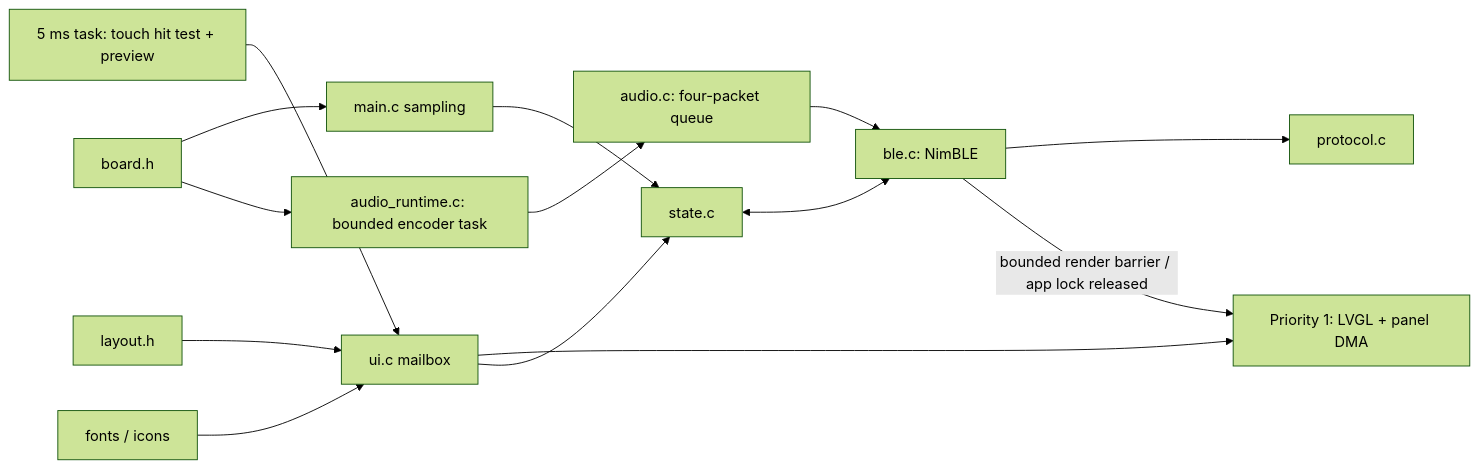
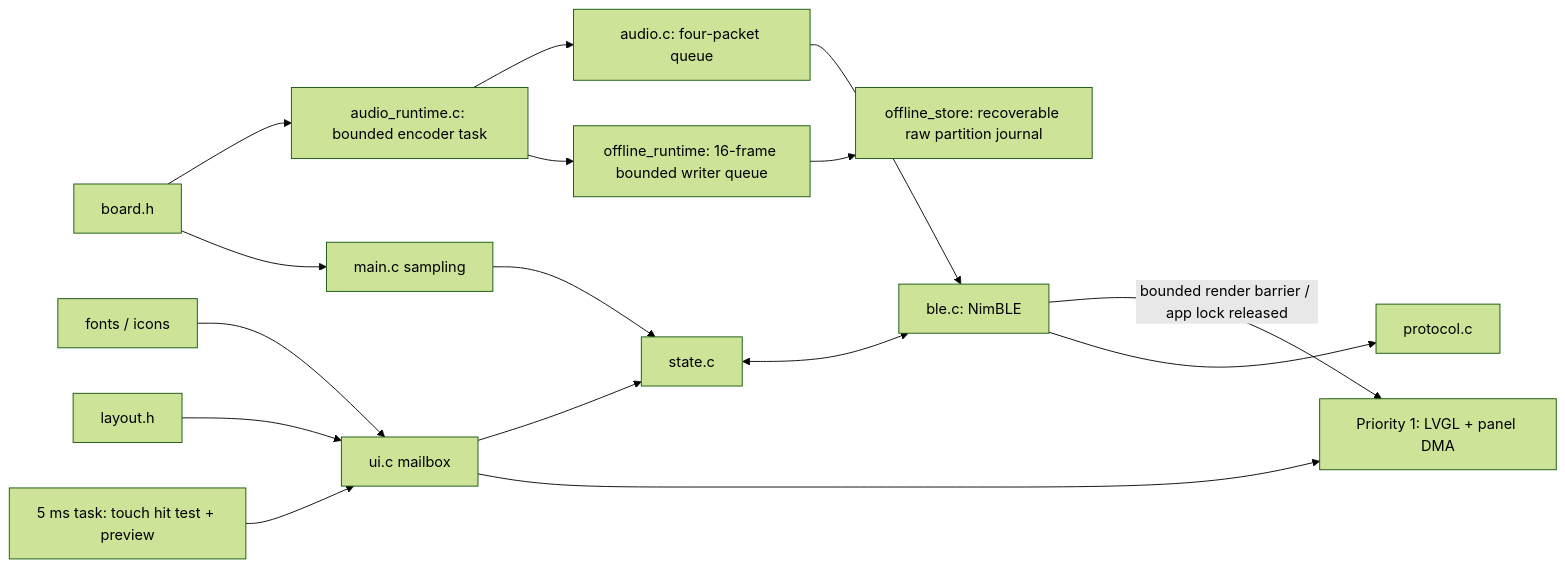
The diagram in FW/app/README.md (Harwasch/voiceremote), drawn with Mermaid (forest theme) before and after one commit. The commit also changed other lines of this file and 58 other files, not shown here.

````diff
--- a/FW/app/README.md
+++ b/FW/app/README.md
@@ -3,14 +3,16 @@
 ```mermaid
 flowchart LR
     Board[board.h] --> Main[main.c sampling]
     Touch[5 ms task: touch hit test + preview] --> UI[ui.c mailbox]
     UI --> Render[Priority 1: LVGL + panel DMA]
     Main & UI --> State[state.c]
     State <--> BLE[ble.c: NimBLE]
     Board --> Worker[audio_runtime.c: bounded encoder task]
+    Worker --> Flash[offline_runtime: 16-frame bounded writer queue]
+    Flash --> Store[offline_store: recoverable raw partition journal]
     Worker --> Transport[audio.c: four-packet queue]
     Transport --> BLE
     BLE --> Wire[protocol.c]
     BLE -->|bounded render barrier / app lock released| Render
     Geometry[layout.h] & Assets[fonts / icons] --> UI
 ```
````
